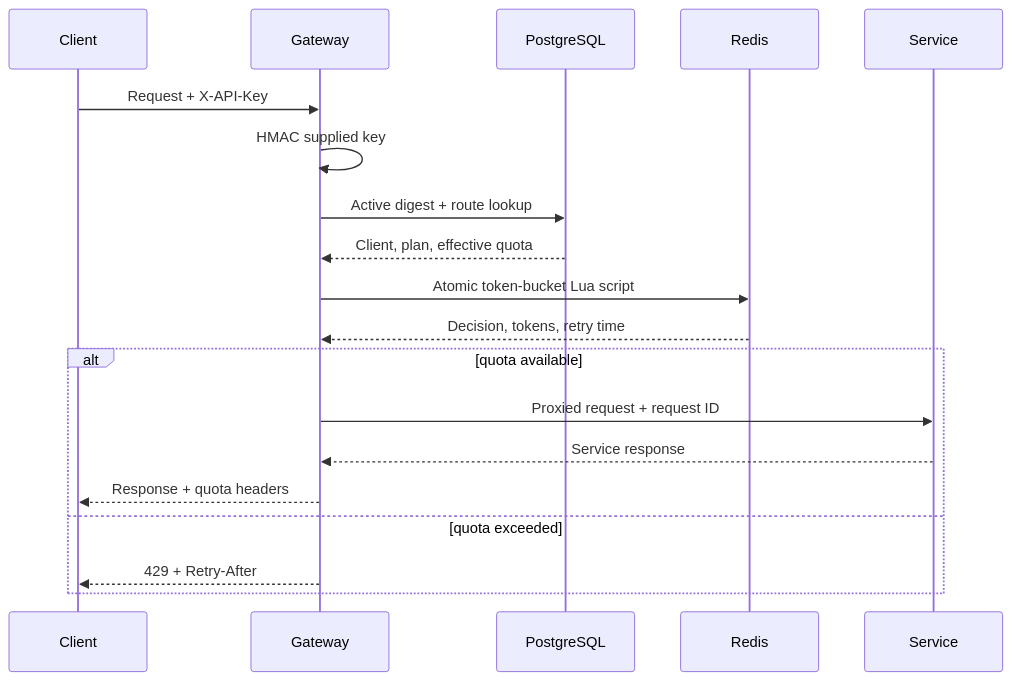
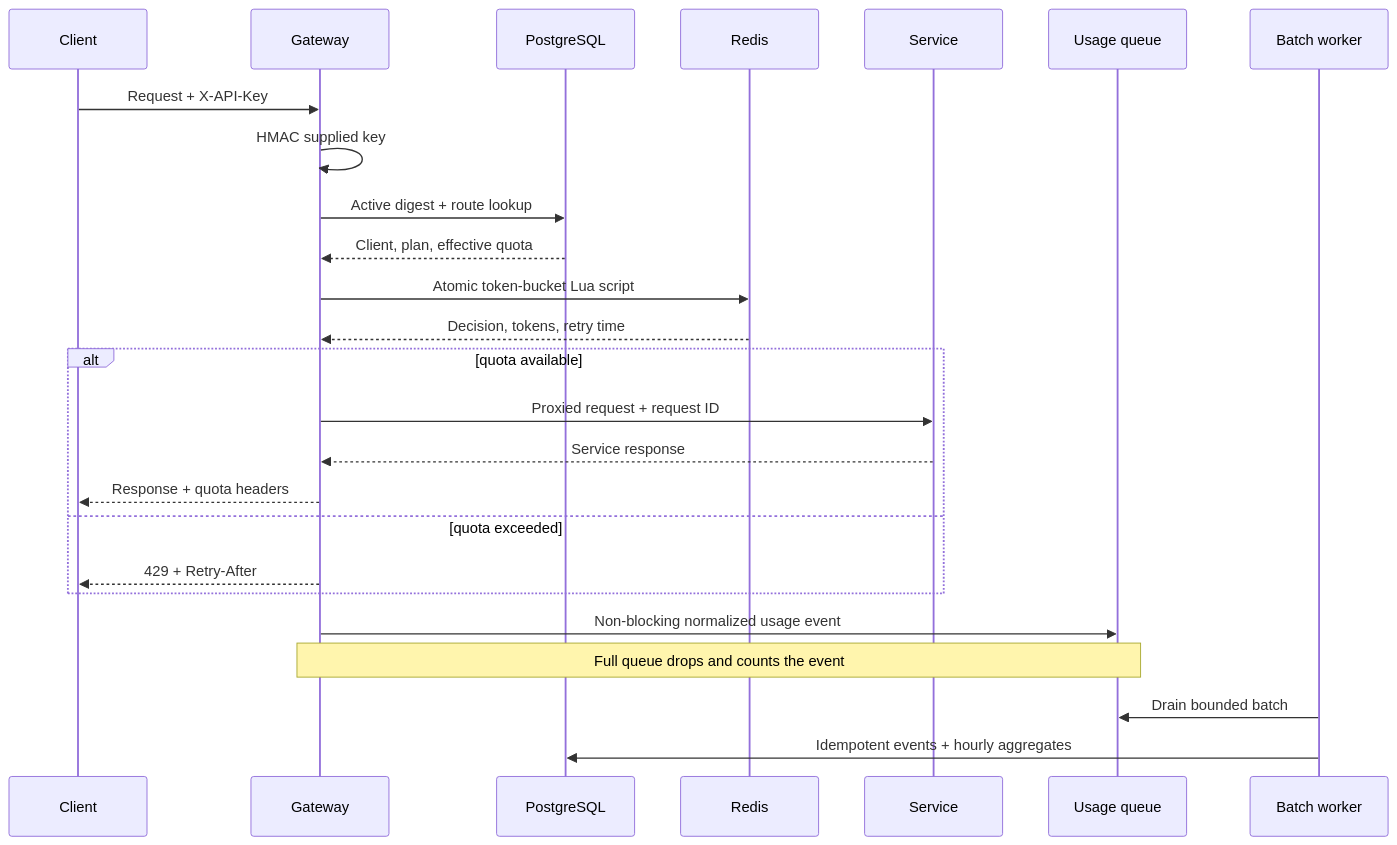
Before and after one commit to beasthphp/distributed-api-gateway: the diagram in docs/architecture.md, drawn with Mermaid. The commit also changed other lines of this file and 20 other files, not shown here.

````diff
--- a/docs/architecture.md
+++ b/docs/architecture.md
@@ -7,21 +7,27 @@
 ```mermaid
 sequenceDiagram
     participant C as Client
     participant G as Gateway
     participant P as PostgreSQL
     participant R as Redis
     participant S as Service
+    participant Q as Usage queue
+    participant W as Batch worker
     C->>G: Request + X-API-Key
     G->>G: HMAC supplied key
     G->>P: Active digest + route lookup
     P-->>G: Client, plan, effective quota
     G->>R: Atomic token-bucket Lua script
     R-->>G: Decision, tokens, retry time
     alt quota available
         G->>S: Proxied request + request ID
         S-->>G: Service response
         G-->>C: Response + quota headers
     else quota exceeded
         G-->>C: 429 + Retry-After
     end
+    G->>Q: Non-blocking normalized usage event
+    Note over G,Q: Full queue drops and counts the event
+    W->>Q: Drain bounded batch
+    W->>P: Idempotent events + hourly aggregates
 ```
````
